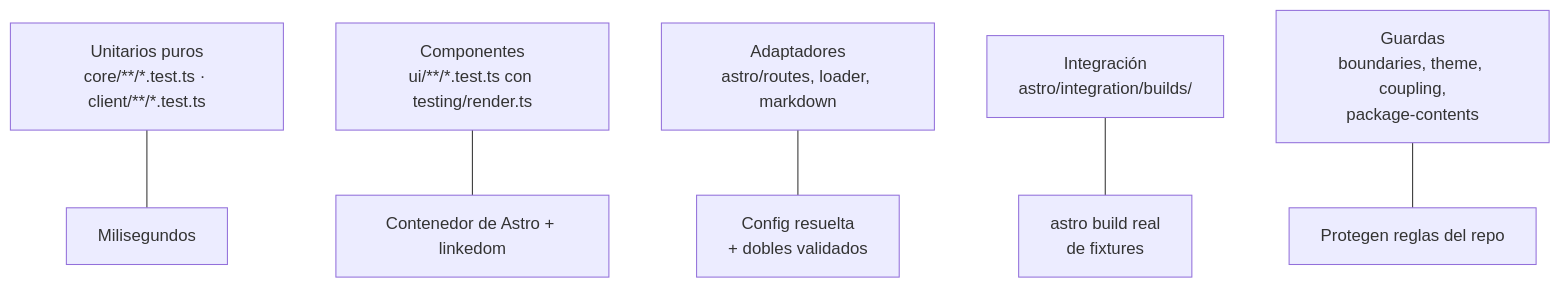
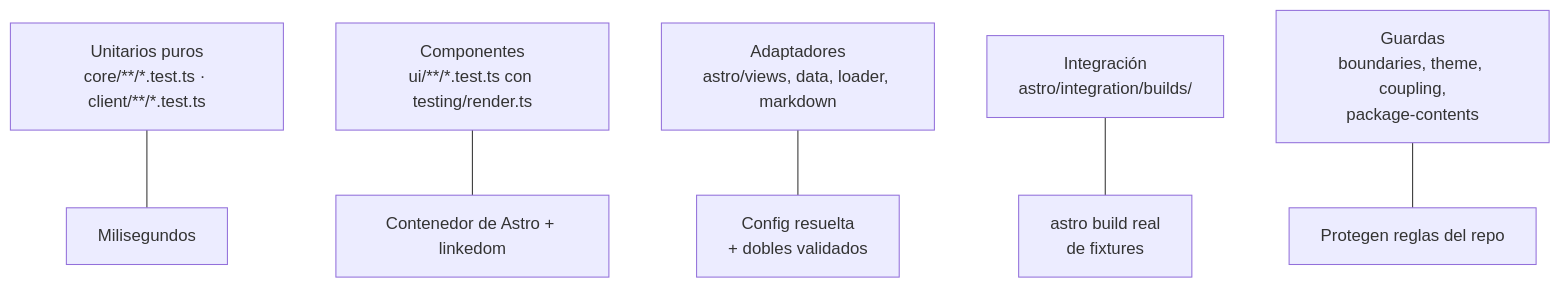
One commit to velezanthony/design changed the diagram in docs/src/content/docs/mantenimiento/tests.md. Above: the diagram before and after it, drawn with Mermaid. The commit also changed other lines of this file and 8 other files, not shown here.

First line of the commit message:
docs(architecture): describe the pages, views and data folders of src/astro

````diff
--- a/docs/src/content/docs/mantenimiento/tests.md
+++ b/docs/src/content/docs/mantenimiento/tests.md
@@ -23,8 +23,8 @@
 ```mermaid
 flowchart TD
   u["Unitarios puros<br/>core/**/*.test.ts · client/**/*.test.ts"] --- fast["Milisegundos"]
   c["Componentes<br/>ui/**/*.test.ts con testing/render.ts"] --- med["Contenedor de Astro + linkedom"]
-  a["Adaptadores<br/>astro/routes, loader, markdown"] --- dbl["Config resuelta<br/>+ dobles validados"]
+  a["Adaptadores<br/>astro/views, data, loader, markdown"] --- dbl["Config resuelta<br/>+ dobles validados"]
   b["Integración<br/>astro/integration/builds/"] --- slow["astro build real<br/>de fixtures"]
   g["Guardas<br/>boundaries, theme, coupling,<br/>package-contents"] --- meta["Protegen reglas del repo"]
 ```
````
